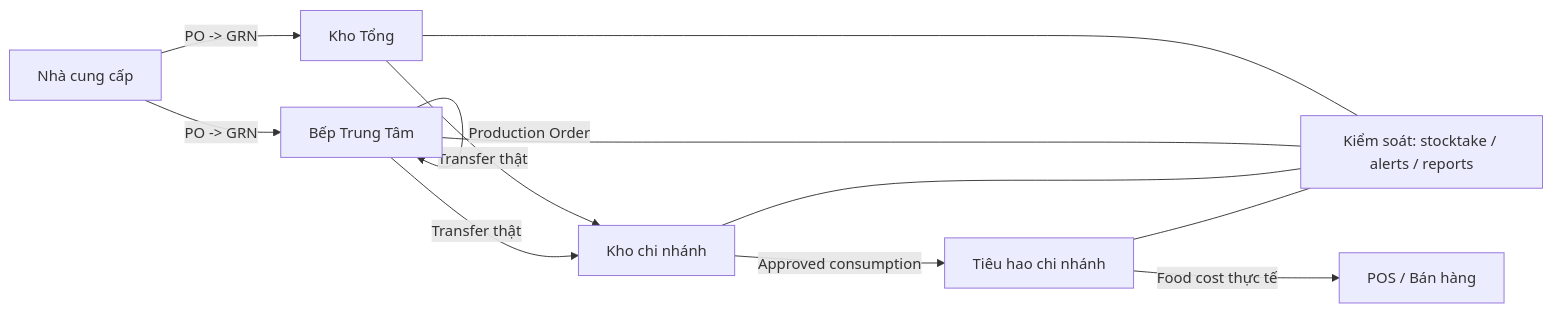
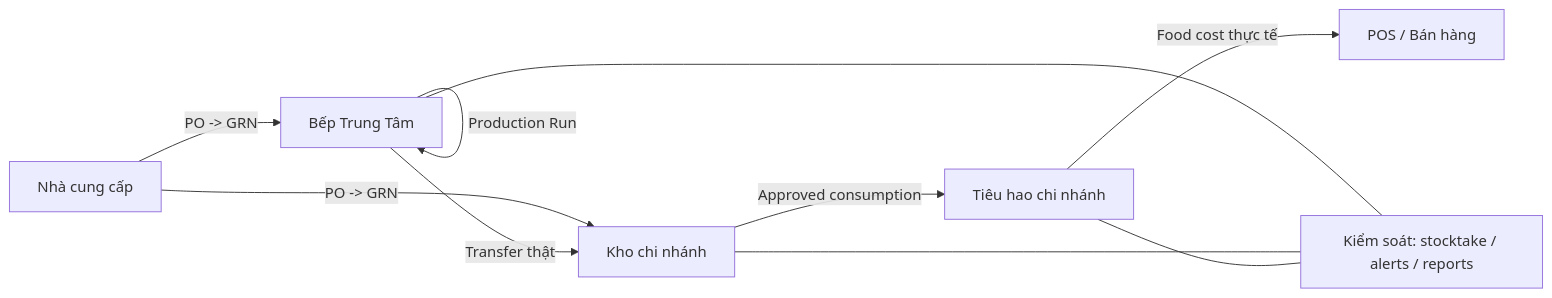
One commit to comtammatu/comtammatu changed the first of 4 diagrams in docs/spec/inventory-overview-diagrams.md. Above: the diagram before and after it, drawn with Mermaid. The commit also changed other lines of this file and 8 other files, not shown here.

````diff
--- a/docs/spec/inventory-overview-diagrams.md
+++ b/docs/spec/inventory-overview-diagrams.md
@@ -15,25 +15,22 @@
 ```mermaid
 flowchart LR
     SUP["Nhà cung cấp"]
-    CS["Kho Tổng"]
     CK["Bếp Trung Tâm"]
     BW["Kho chi nhánh"]
     CONS["Tiêu hao chi nhánh"]
     POS["POS / Bán hàng"]
     CTRL["Kiểm soát: stocktake / alerts / reports"]
 
-    SUP -->|"PO -> GRN"| CS
     SUP -->|"PO -> GRN"| CK
+    SUP -->|"PO -> GRN"| BW
 
-    CS -->|"Transfer thật"| BW
-    CK -->|"Production Order"| CK
+    CK -->|"Production Run"| CK
     CK -->|"Transfer thật"| BW
 
     BW -->|"Approved consumption"| CONS
     CONS -->|"Food cost thực tế"| POS
 
-    CS --- CTRL
     CK --- CTRL
     BW --- CTRL
     CONS --- CTRL
 ```
````
